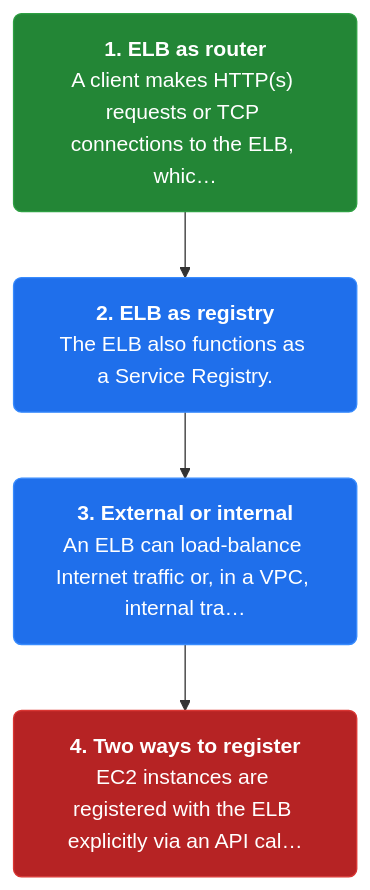
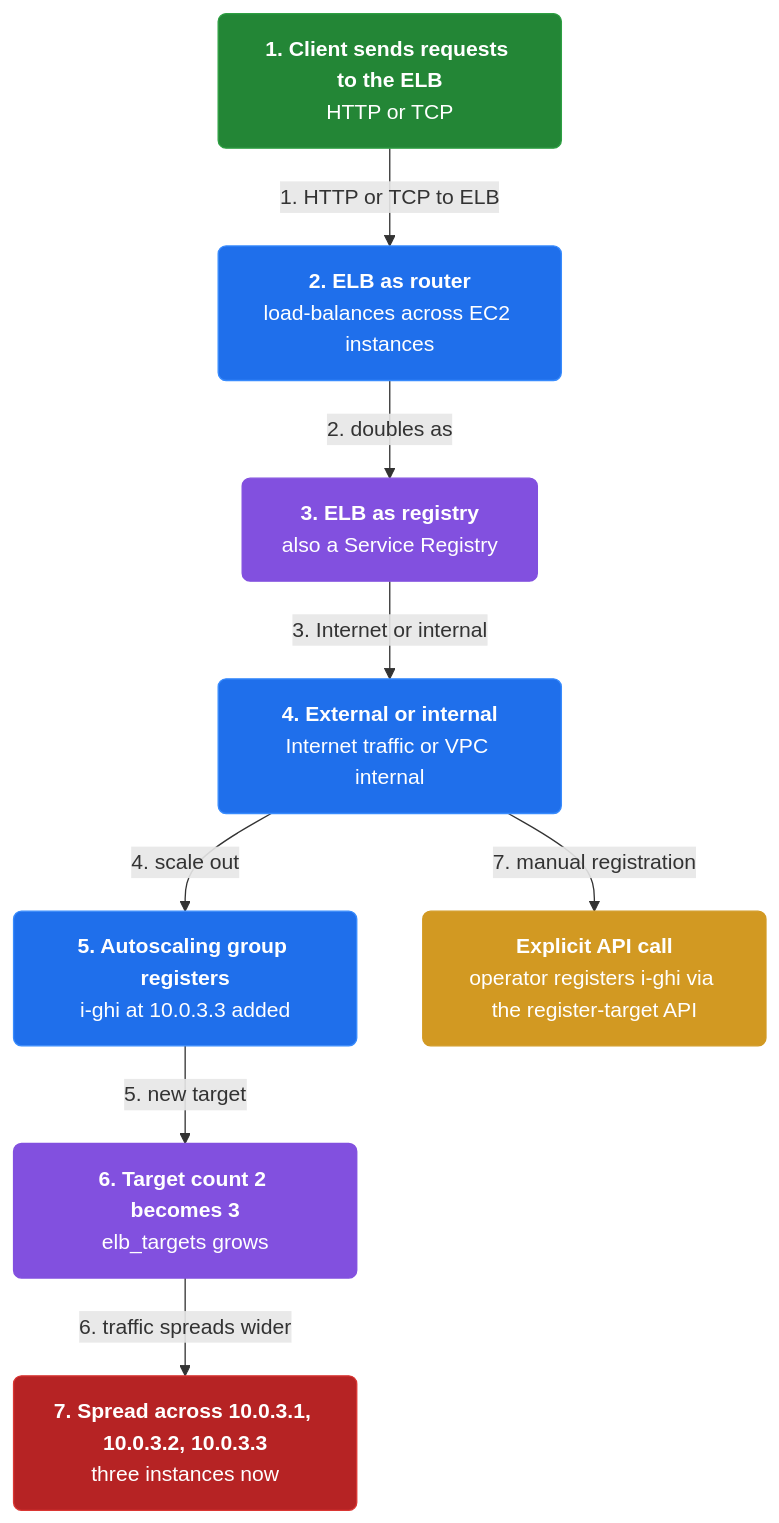
One commit to vinayakuber/microservices-io-study-guide changed the second of 4 diagrams in docs/ch11-server-side-discovery.md. Above: the diagram before and after it, drawn with Mermaid. The commit also changed other lines of this file and 46 other files, not shown here.

First line of the commit message:
Author rich branching flow diagrams for all 44 chapters

````diff
--- a/docs/ch11-server-side-discovery.md
+++ b/docs/ch11-server-side-discovery.md
@@ -57,13 +67,23 @@
 ```mermaid
 flowchart TD
-  classDef step fill:#1f6feb,color:#ffffff,stroke:#388bfd,stroke-width:1px,rx:6
+  classDef step fill:#1f6feb,color:#ffffff,stroke:#388bfd,rx:6
+  classDef core fill:#8250df,color:#ffffff,stroke:#8250df,rx:6
+  classDef warn fill:#d29922,color:#ffffff,stroke:#d29922,rx:6
   classDef start fill:#238636,color:#ffffff,stroke:#2ea043,rx:6
   classDef stop fill:#b62324,color:#ffffff,stroke:#da3633,rx:6
-  s1n0["<b>1. ELB as router</b><br/>A client makes HTTP(s) requests or TCP connections to the ELB, whic…"]:::start
-  s1n1["<b>2. ELB as registry</b><br/>The ELB also functions as a Service Registry."]:::step
-  s1n2["<b>3. External or internal</b><br/>An ELB can load-balance Internet traffic or, in a VPC, internal tra…"]:::step
-  s1n3["<b>4. Two ways to register</b><br/>EC2 instances are registered with the ELB explicitly via an API cal…"]:::stop
-  s1n0 --> s1n1
-  s1n1 --> s1n2
-  s1n2 --> s1n3
+  n0["<b>1. Client sends requests to the ELB</b><br/>HTTP or TCP"]:::start
+  n1["<b>2. ELB as router</b><br/>load-balances across EC2 instances"]:::step
+  n2["<b>3. ELB as registry</b><br/>also a Service Registry"]:::core
+  n3["<b>4. External or internal</b><br/>Internet traffic or VPC internal"]:::step
+  n4["<b>5. Autoscaling group registers</b><br/>i-ghi at 10.0.3.3 added"]:::step
+  n5["<b>6. Target count 2 becomes 3</b><br/>elb_targets grows"]:::core
+  n6["<b>7. Spread across 10.0.3.1, 10.0.3.2, 10.0.3.3</b><br/>three instances now"]:::stop
+  n7["<b>Explicit API call</b><br/>operator registers i-ghi via the register-target API"]:::warn
+  n0 -->|"1. HTTP or TCP to ELB"| n1
+  n1 -->|"2. doubles as"| n2
+  n2 -->|"3. Internet or internal"| n3
+  n3 -->|"4. scale out"| n4
+  n4 -->|"5. new target"| n5
+  n5 -->|"6. traffic spreads wider"| n6
+  n3 -->|"7. manual registration"| n7
 ```
````
